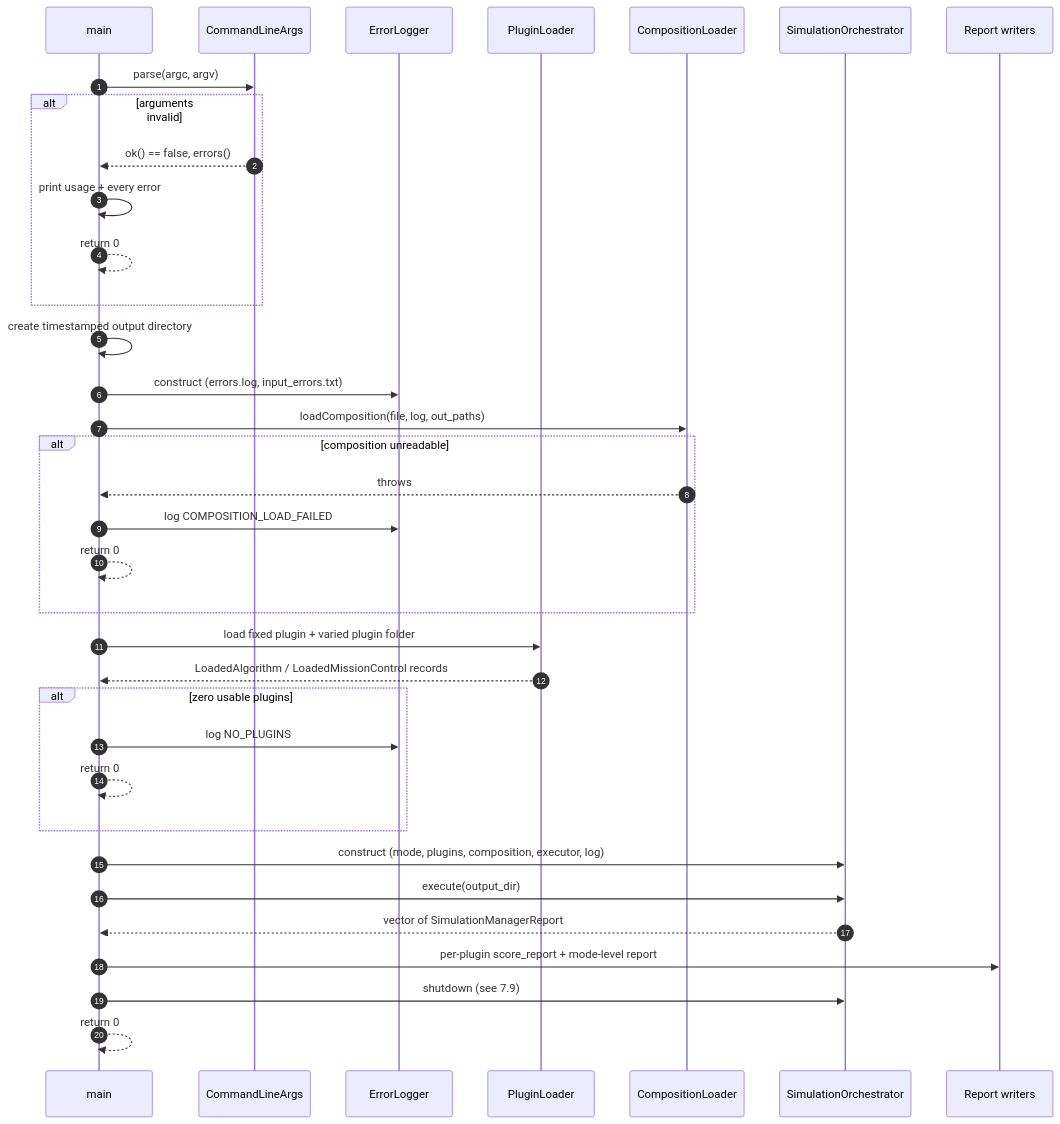
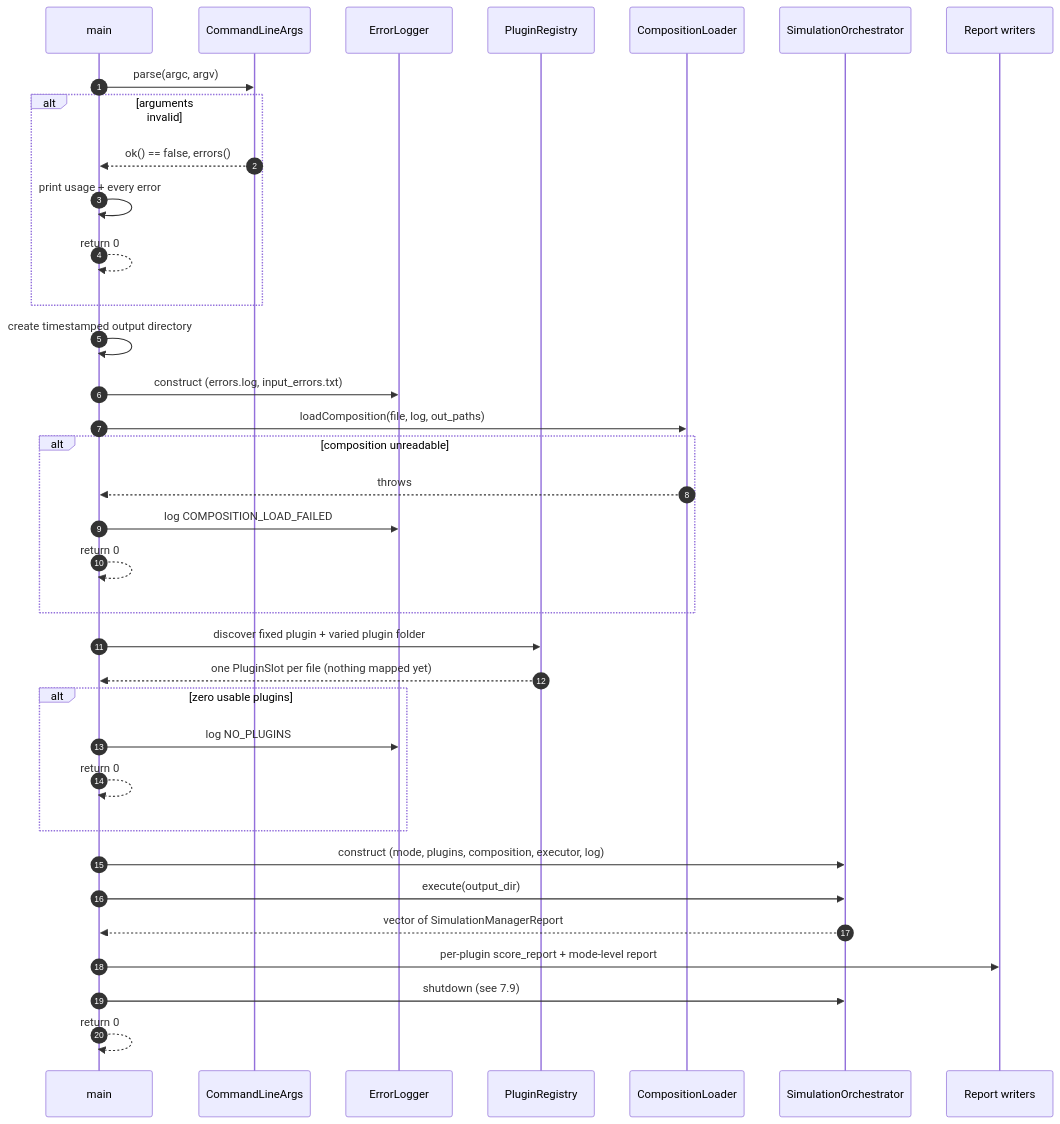
Before and after one commit to Roeikaplan/ex3-Drone-Mapper: the fourth of 13 diagrams in docs/HLD.md, drawn with Mermaid. The commit also changed other lines of this file and 30 other files, not shown here.

````diff
--- a/docs/HLD.md
+++ b/docs/HLD.md
@@ -641,38 +669,38 @@
 ```mermaid
 sequenceDiagram
     autonumber
     participant Main as main
     participant Args as CommandLineArgs
     participant Log as ErrorLogger
-    participant Loader as PluginLoader
+    participant Loader as PluginRegistry
     participant Comp as CompositionLoader
     participant Orch as SimulationOrchestrator
     participant Writer as Report writers
 
     Main->>Args: parse(argc, argv)
     alt arguments invalid
         Args-->>Main: ok() == false, errors()
         Main->>Main: print usage + every error
         Main-->>Main: return 0
     end
     Main->>Main: create timestamped output directory
     Main->>Log: construct (errors.log, input_errors.txt)
     Main->>Comp: loadComposition(file, log, out_paths)
     alt composition unreadable
         Comp-->>Main: throws
         Main->>Log: log COMPOSITION_LOAD_FAILED
         Main-->>Main: return 0
     end
-    Main->>Loader: load fixed plugin + varied plugin folder
-    Loader-->>Main: LoadedAlgorithm / LoadedMissionControl records
+    Main->>Loader: discover fixed plugin + varied plugin folder
+    Loader-->>Main: one PluginSlot per file (nothing mapped yet)
     alt zero usable plugins
         Main->>Log: log NO_PLUGINS
         Main-->>Main: return 0
     end
     Main->>Orch: construct (mode, plugins, composition, executor, log)
     Main->>Orch: execute(output_dir)
     Orch-->>Main: vector of SimulationManagerReport
     Main->>Writer: per-plugin score_report + mode-level report
     Main->>Orch: shutdown (see 7.9)
     Main-->>Main: return 0
 ```
````
